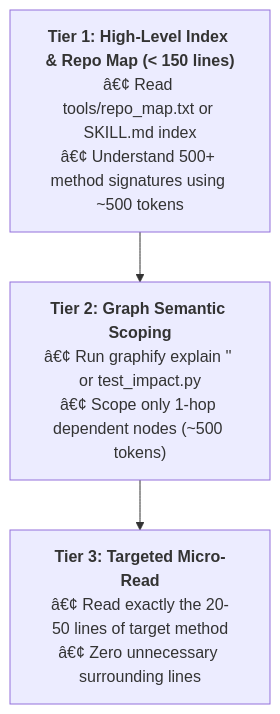
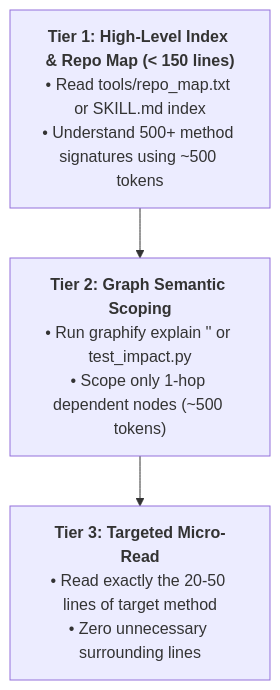
One commit to TeeVee98/Synapse-Hub changed the diagram in .agents/rules/context-engineering.md. Above: the diagram before and after it, drawn with Mermaid. The commit also changed 16 other files, not shown here.

````diff
--- a/.agents/rules/context-engineering.md
+++ b/.agents/rules/context-engineering.md
@@ -36,8 +36,8 @@
 ```mermaid
 flowchart TD
-    Tier1["<b>Tier 1: High-Level Index & Repo Map (< 150 lines)</b><br/>â€¢ Read tools/repo_map.txt or SKILL.md index<br/>â€¢ Understand 500+ method signatures using ~500 tokens"]
-    Tier2["<b>Tier 2: Graph Semantic Scoping</b><br/>â€¢ Run graphify explain '<Class>' or test_impact.py<br/>â€¢ Scope only 1-hop dependent nodes (~500 tokens)"]
-    Tier3["<b>Tier 3: Targeted Micro-Read</b><br/>â€¢ Read exactly the 20-50 lines of target method<br/>â€¢ Zero unnecessary surrounding lines"]
+    Tier1["<b>Tier 1: High-Level Index & Repo Map (< 150 lines)</b><br/>• Read tools/repo_map.txt or SKILL.md index<br/>• Understand 500+ method signatures using ~500 tokens"]
+    Tier2["<b>Tier 2: Graph Semantic Scoping</b><br/>• Run graphify explain '<Class>' or test_impact.py<br/>• Scope only 1-hop dependent nodes (~500 tokens)"]
+    Tier3["<b>Tier 3: Targeted Micro-Read</b><br/>• Read exactly the 20-50 lines of target method<br/>• Zero unnecessary surrounding lines"]
 
     Tier1 --> Tier2 --> Tier3
 ```
````
